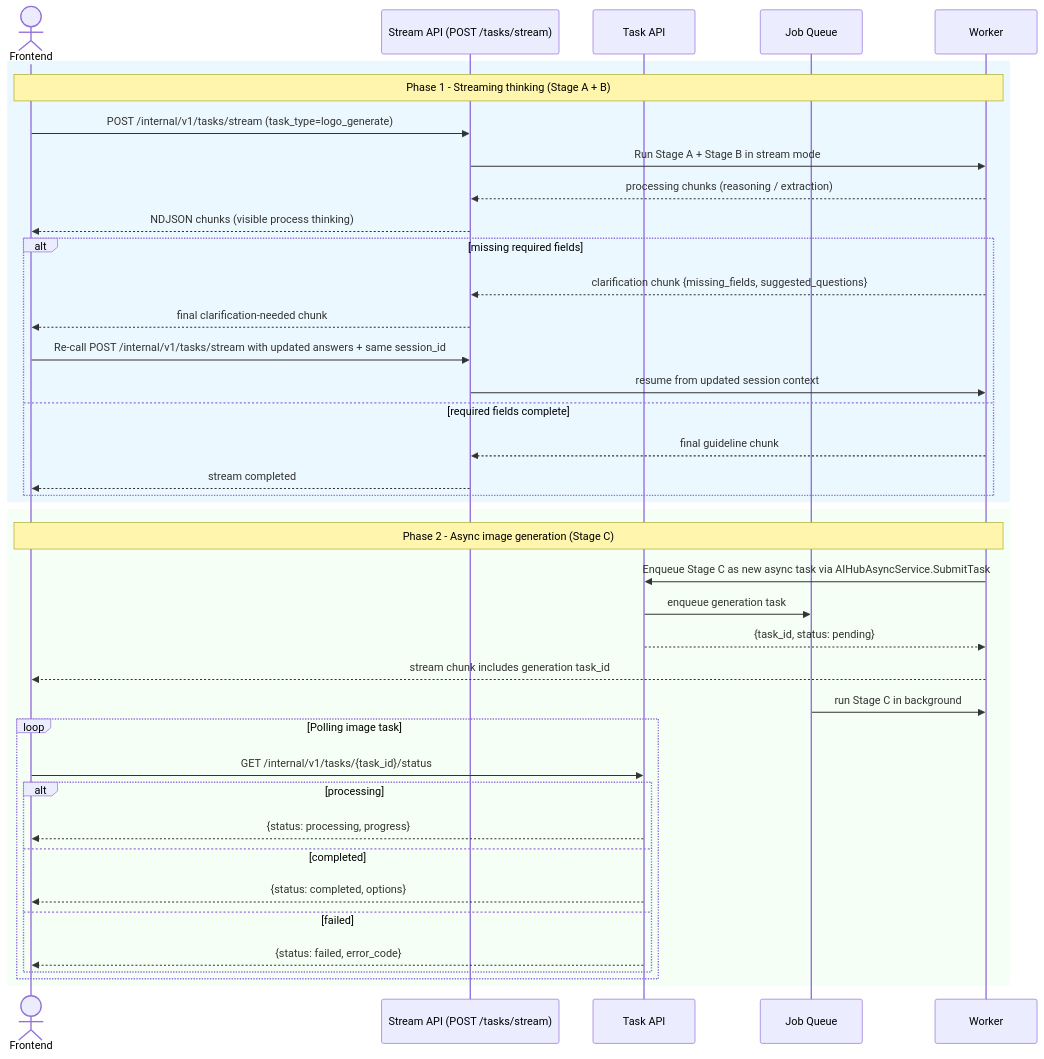
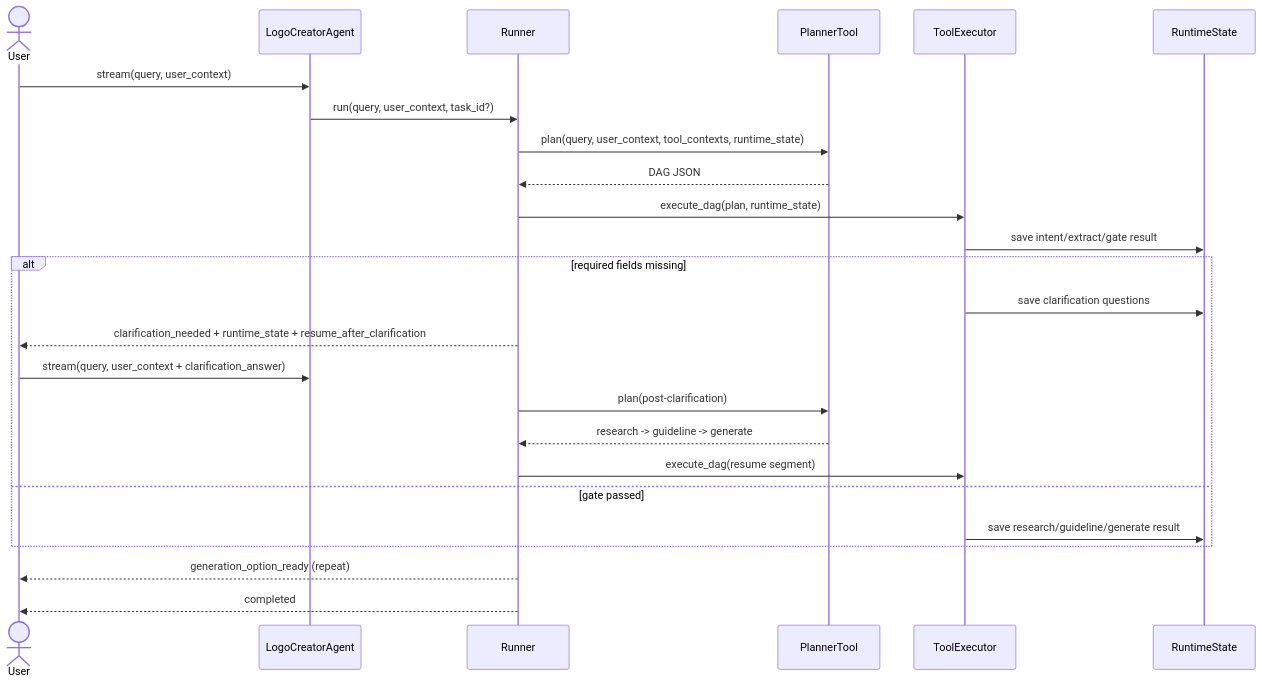
Before and after one commit to Ne4nf/Logo-design: the second of 4 diagrams in specs/001-logo-design-agent/technical-design.md, drawn with Mermaid. The commit also changed other lines of this file, not shown here.

````diff
--- a/specs/001-logo-design-agent/technical-design.md
+++ b/specs/001-logo-design-agent/technical-design.md
@@ -241,44 +140,30 @@
 ```mermaid
 sequenceDiagram
-  actor FE as Frontend
-  participant S as Stream API (POST /tasks/stream)
-  participant API as Task API
-  participant Q as Job Queue
-  participant WORKER as Worker
+  actor User
+  participant Agent as LogoCreatorAgent
+  participant Runner
+  participant Planner as PlannerTool
+  participant Executor as ToolExecutor
+  participant State as RuntimeState
 
-  rect rgb(235, 248, 255)
-    Note over FE,WORKER: Phase 1 - Streaming thinking (Stage A + B)
-    FE->>S: POST /internal/v1/tasks/stream (task_type=logo_generate)
-    S->>WORKER: Run Stage A + Stage B in stream mode
-    WORKER-->>S: processing chunks (reasoning / extraction)
-    S-->>FE: NDJSON chunks (visible process thinking)
-    alt missing required fields
-      WORKER-->>S: clarification chunk {missing_fields, suggested_questions}
-      S-->>FE: final clarification-needed chunk
-      FE->>S: Re-call POST /internal/v1/tasks/stream with updated answers + same session_id
-      S->>WORKER: resume from updated session context
-    else required fields complete
-      WORKER-->>S: final guideline chunk
-      S-->>FE: stream completed
-    end
+  User->>Agent: stream(query, user_context)
+  Agent->>Runner: run(query, user_context, task_id?)
+  Runner->>Planner: plan(query, user_context, tool_contexts, runtime_state)
+  Planner-->>Runner: DAG JSON
+  Runner->>Executor: execute_dag(plan, runtime_state)
+
+  Executor->>State: save intent/extract/gate result
+  alt required fields missing
+    Executor->>State: save clarification questions
+    Runner-->>User: clarification_needed + runtime_state + resume_after_clarification
+    User->>Agent: stream(query, user_context + clarification_answer)
+    Runner->>Planner: plan(post-clarification)
+    Planner-->>Runner: research -> guideline -> generate
+    Runner->>Executor: execute_dag(resume segment)
+  else gate passed
+    Executor->>State: save research/guideline/generate result
   end
 
-  rect rgb(245, 255, 245)
-    Note over FE,WORKER: Phase 2 - Async image generation (Stage C)
-    WORKER->>API: Enqueue Stage C as new async task via AIHubAsyncService.SubmitTask
-    API->>Q: enqueue generation task
-    API-->>WORKER: {task_id, status: pending}
-    WORKER-->>FE: stream chunk includes generation task_id
-    Q->>WORKER: run Stage C in background
-    loop Polling image task
-      FE->>API: GET /internal/v1/tasks/{task_id}/status
-      alt processing
-        API-->>FE: {status: processing, progress}
-      else completed
-        API-->>FE: {status: completed, options}
-      else failed
-        API-->>FE: {status: failed, error_code}
-      end
-    end
-  end
+  Runner-->>User: generation_option_ready (repeat)
+  Runner-->>User: completed
 ```
````
